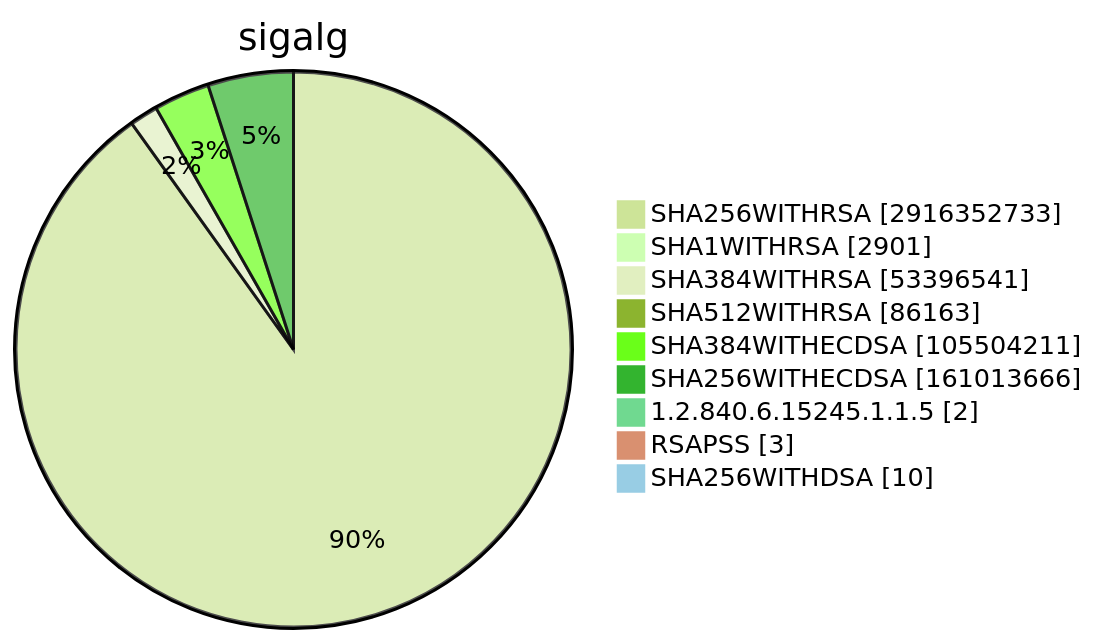
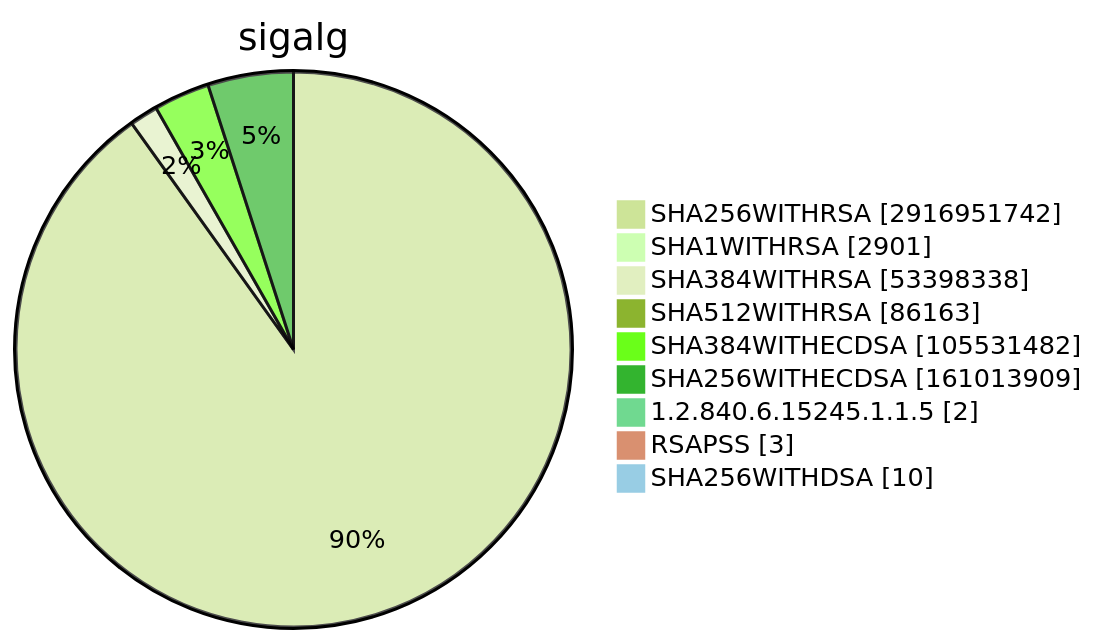
One commit to christiankrug/ctmonitor_visualization changed diagram 15 of 15 in TOTAL/README.md. Above: the diagram before and after it, drawn with Mermaid (forest theme). The commit also changed other lines of this file, not shown here.

````diff
--- a/TOTAL/README.md
+++ b/TOTAL/README.md
@@ -6207,13 +6207,13 @@
 ```mermaid
 pie showData
 title sigalg
-"SHA256WITHRSA" :2916352733
+"SHA256WITHRSA" :2916951742
 "SHA1WITHRSA" :2901
-"SHA384WITHRSA" :53396541
+"SHA384WITHRSA" :53398338
 "SHA512WITHRSA" :86163
-"SHA384WITHECDSA" :105504211
-"SHA256WITHECDSA" :161013666
+"SHA384WITHECDSA" :105531482
+"SHA256WITHECDSA" :161013909
 "1.2.840.6.15245.1.1.5" :2
 "RSAPSS" :3
 "SHA256WITHDSA" :10
 ```
````
